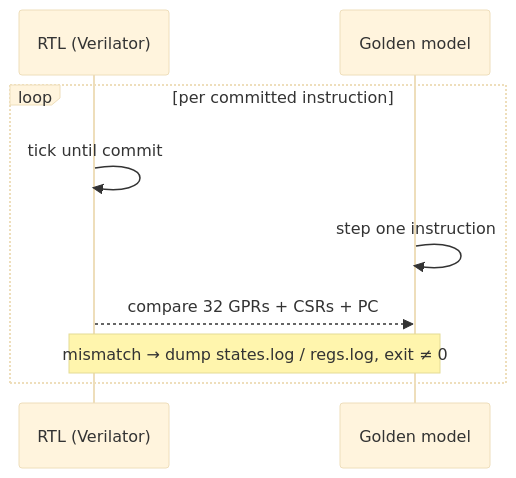
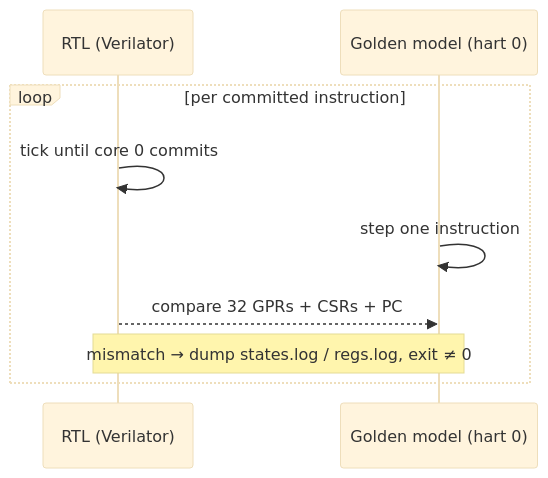
One commit to HirunaVishwamith/Chiron changed the second of 2 diagrams in README.md. Above: the diagram before and after it, drawn with Mermaid (base theme). The commit also changed other lines of this file and 86 other files, not shown here.

````diff
--- a/README.md
+++ b/README.md
@@ -193,11 +234,11 @@
 ```mermaid
 sequenceDiagram
     participant R as RTL (Verilator)
-    participant G as Golden model
+    participant G as Golden model (hart 0)
     loop per committed instruction
-        R->>R: tick until commit
+        R->>R: tick until core 0 commits
         G->>G: step one instruction
         R-->>G: compare 32 GPRs + CSRs + PC
         Note over R,G: mismatch → dump states.log / regs.log, exit ≠ 0
     end
 ```
````
